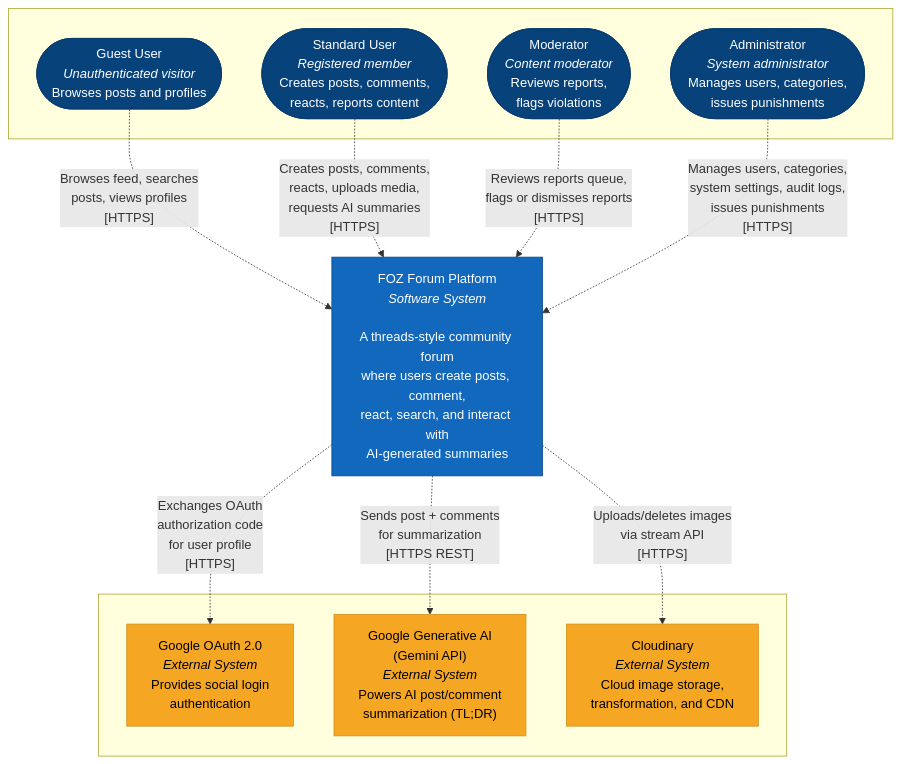
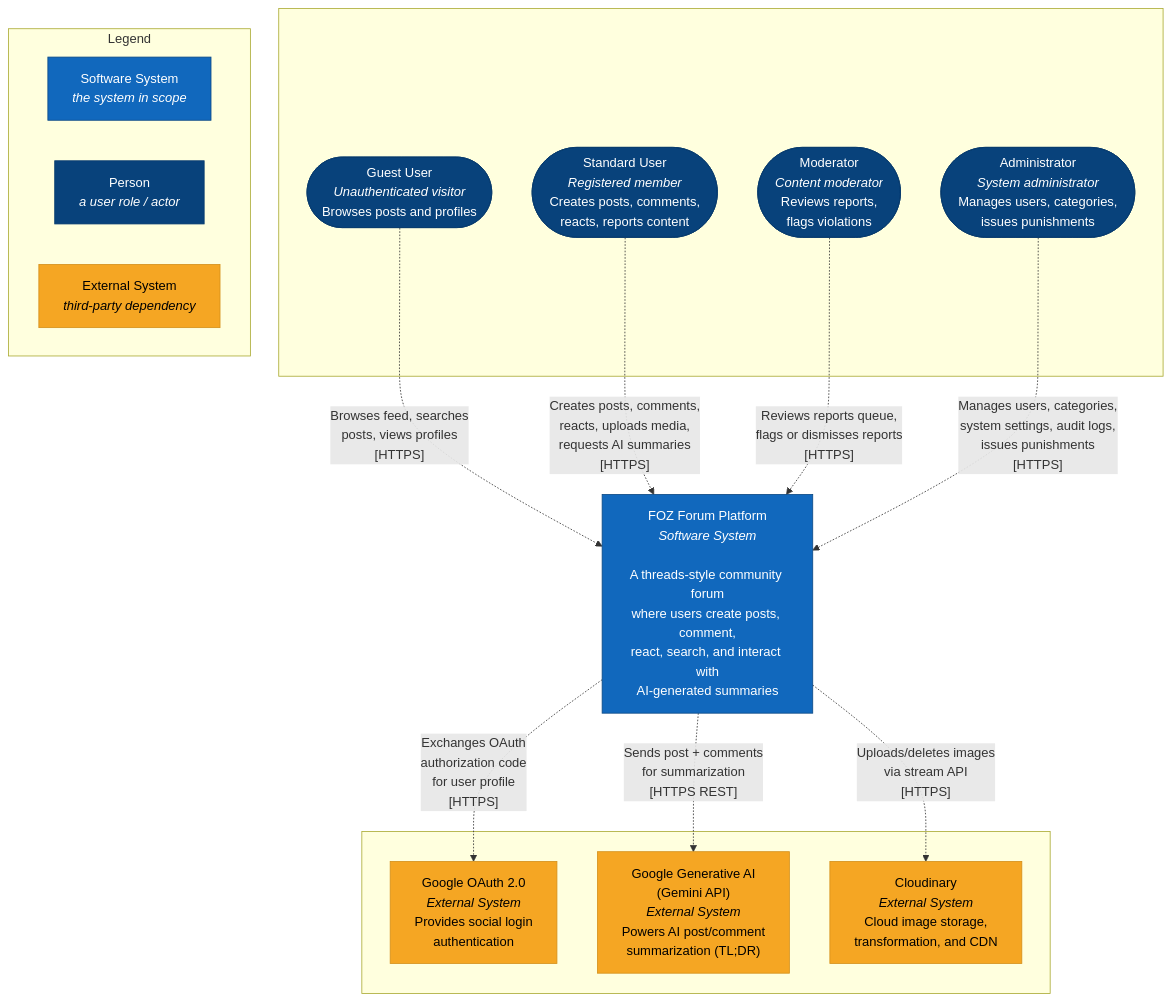
The first of 7 diagrams in docs/01 - PA/PA4-Group06/PA4.md (anvn12/FOZ), drawn with Mermaid before and after one commit. The commit also changed other lines of this file, not shown here.

Commit message:
docs: added notation and refine diagrams

````diff
--- a/docs/01 - PA/PA4-Group06/PA4.md
+++ b/docs/01 - PA/PA4-Group06/PA4.md
@@ -2250,34 +2250,44 @@
 ```mermaid
 flowchart TD
     subgraph actors [" "]
         Guest(["Guest User<br/><i>Unauthenticated visitor</i><br/>Browses posts and profiles"])
         Standard(["Standard User<br/><i>Registered member</i><br/>Creates posts, comments,<br/>reacts, reports content"])
         Moderator(["Moderator<br/><i>Content moderator</i><br/>Reviews reports,<br/>flags violations"])
         Admin(["Administrator<br/><i>System administrator</i><br/>Manages users, categories,<br/>issues punishments"])
     end
 
     FOZ["FOZ Forum Platform<br/><i>Software System</i><br/><br/>A threads-style community forum<br/>where users create posts, comment,<br/>react, search, and interact with<br/>AI-generated summaries"]
 
     subgraph external [" "]
         Google["Google OAuth 2.0<br/><i>External System</i><br/>Provides social login<br/>authentication"]
         Gemini["Google Generative AI<br/>(Gemini API)<br/><i>External System</i><br/>Powers AI post/comment<br/>summarization (TL;DR)"]
         Cloudinary["Cloudinary<br/><i>External System</i><br/>Cloud image storage,<br/>transformation, and CDN"]
     end
 
     Guest -. "Browses feed, searches<br/>posts, views profiles<br/>[HTTPS]" .-> FOZ
     Standard -. "Creates posts, comments,<br/>reacts, uploads media,<br/>requests AI summaries<br/>[HTTPS]" .-> FOZ
     Moderator -. "Reviews reports queue,<br/>flags or dismisses reports<br/>[HTTPS]" .-> FOZ
     Admin -. "Manages users, categories,<br/>system settings, audit logs,<br/>issues punishments<br/>[HTTPS]" .-> FOZ
 
     FOZ -. "Exchanges OAuth<br/>authorization code<br/>for user profile<br/>[HTTPS]" .-> Google
     FOZ -. "Sends post + comments<br/>for summarization<br/>[HTTPS REST]" .-> Gemini
     FOZ -. "Uploads/deletes images<br/>via stream API<br/>[HTTPS]" .-> Cloudinary
 
+    subgraph legend ["Legend"]
+        direction LR
+        LegSystem["Software System<br/><i>the system in scope</i>"]
+        LegPerson["Person<br/><i>a user role / actor</i>"]
+        LegExt["External System<br/><i>third-party dependency</i>"]
+    end
+
     classDef system fill:#1168bd,stroke:#0b4884,color:#fff
     classDef person fill:#08427b,stroke:#073b6e,color:#fff
     classDef ext fill:#f5a623,stroke:#d4901c,color:#000
 
     class FOZ system
     class Guest,Standard,Moderator,Admin person
     class Google,Gemini,Cloudinary ext
+    class LegSystem system
+    class LegPerson person
+    class LegExt ext
 ```
````
